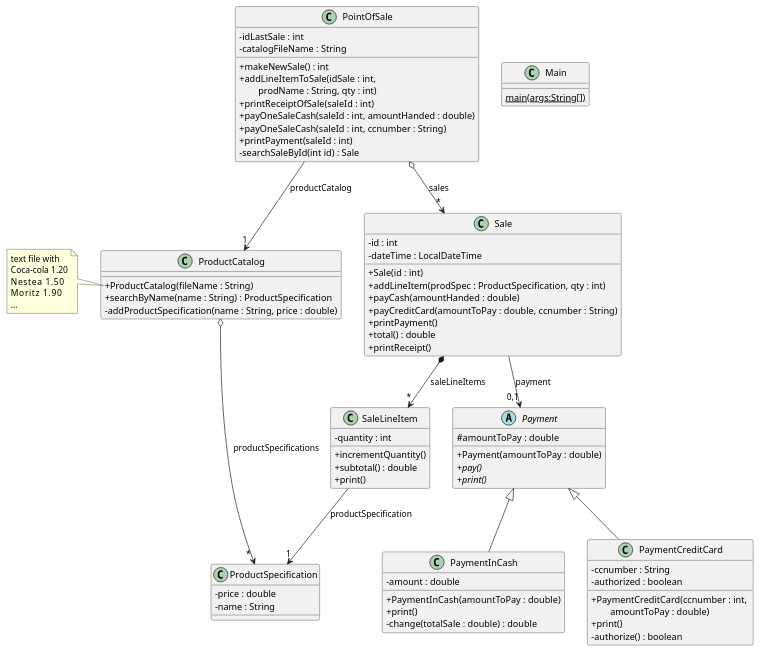
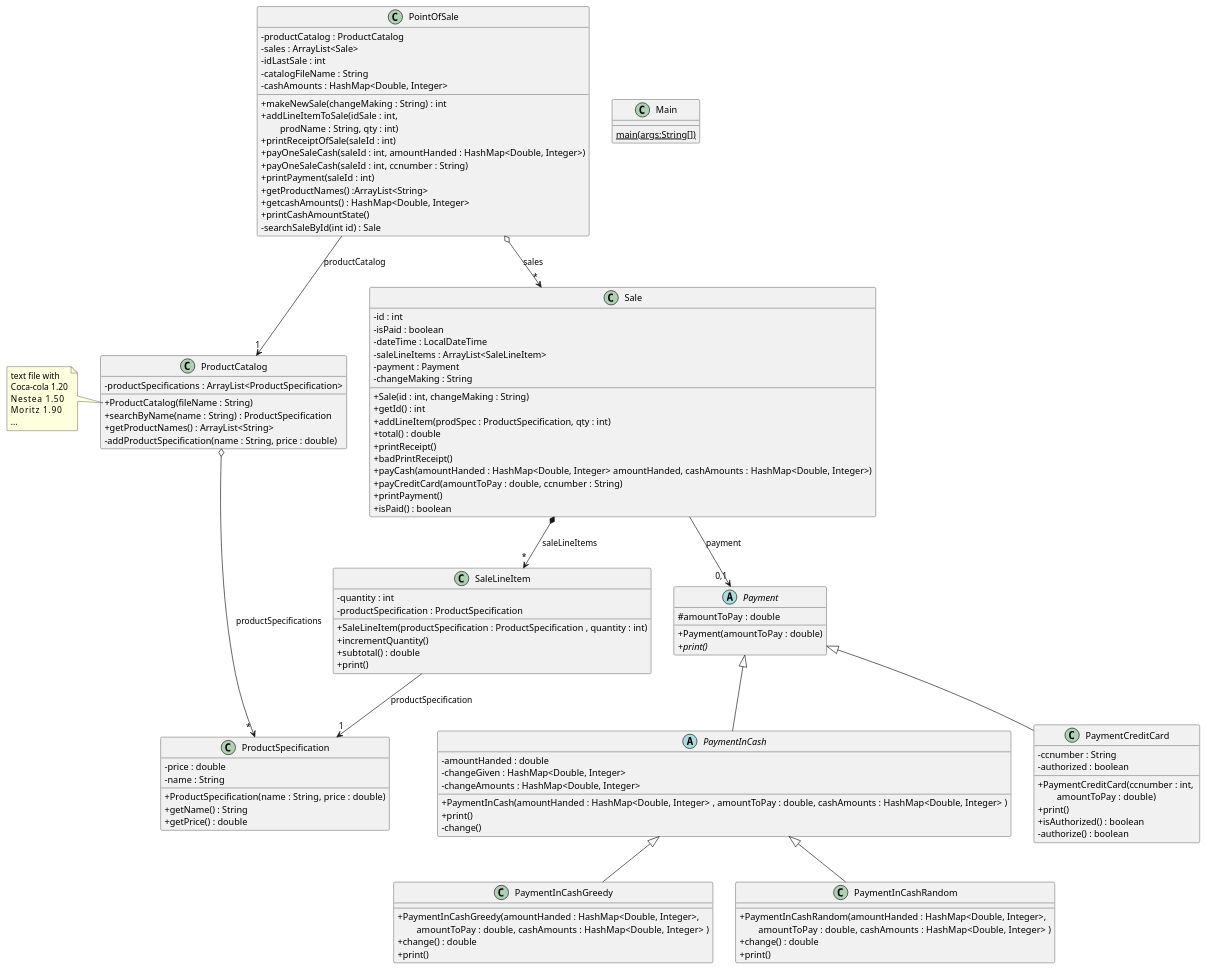
One commit to NIU1667454/DS changed the diagram in PointOfSale-master/src/pos_creditcard/pos_final_cc.puml. Above: the diagram before and after it, drawn with PlantUML. The commit also changed 8 other files, not shown here.

```diff
--- a/PointOfSale-master/src/pos_creditcard/pos_final_cc.puml
+++ b/PointOfSale-master/src/pos_creditcard/pos_final_cc.puml
@@ -1,91 +1,126 @@
 @startuml
 'https://plantuml.com/class-diagram
 skinparam classAttributeIconSize 0
 
 class Main {
 {static} main(args:String[])
 }
 
 class PointOfSale {
+- productCatalog : ProductCatalog
+- sales : ArrayList<Sale>
 - idLastSale : int
 - catalogFileName : String
-+ makeNewSale() : int
+- cashAmounts : HashMap<Double, Integer>
+
++ makeNewSale(changeMaking : String) : int
 + addLineItemToSale(idSale : int, \n\tprodName : String, qty : int)
 + printReceiptOfSale(saleId : int)
-+ payOneSaleCash(saleId : int, amountHanded : double)
++ payOneSaleCash(saleId : int, amountHanded : HashMap<Double, Integer>)
 + payOneSaleCash(saleId : int, ccnumber : String)
 + printPayment(saleId : int)
++ getProductNames() :ArrayList<String>
++ getcashAmounts() : HashMap<Double, Integer>
++ printCashAmountState()
 - searchSaleById(int id) : Sale
 }
 
 class ProductCatalog {
+- productSpecifications : ArrayList<ProductSpecification>
 + ProductCatalog(fileName : String)
 + searchByName(name : String) : ProductSpecification
++ getProductNames() : ArrayList<String>
 - addProductSpecification(name : String, price : double)
 }
 
 note left of ProductCatalog::ProductCatalog {
 text file with
 Coca-cola 1.20
 Nestea    1.50
 Moritz    1.90
 ...
 }
 
 class ProductSpecification {
 - price : double
 - name : String
++ ProductSpecification(name : String,  price : double)
++ getName() : String
++ getPrice() : double
 }
 
 class Sale {
 - id : int
+-isPaid : boolean
 - dateTime : LocalDateTime
-+ Sale(id : int)
+- saleLineItems : ArrayList<SaleLineItem>
+- payment : Payment
+- changeMaking : String
++ Sale(id : int, changeMaking : String)
++ getId() : int
 + addLineItem(prodSpec : ProductSpecification, qty : int)
-+ payCash(amountHanded : double)
++ total() : double
++ printReceipt()
++ badPrintReceipt()
++ payCash(amountHanded : HashMap<Double, Integer> amountHanded, cashAmounts : HashMap<Double, Integer>)
 + payCreditCard(amountToPay : double, ccnumber : String)
 + printPayment()
-+ total() : double
-+ printReceipt()
-
++ isPaid() : boolean
 }
 
 class SaleLineItem {
 - quantity : int
+-productSpecification : ProductSpecification
++SaleLineItem(productSpecification : ProductSpecification , quantity : int)
 + incrementQuantity()
 + subtotal() : double
 + print()
 }
 
 abstract class Payment {
   # amountToPay : double
   + Payment(amountToPay : double)
-  + {abstract} pay()
   + {abstract} print()
 }
 
-class PaymentInCash extends Payment {
-  - amount : double
-  + PaymentInCash(amountToPay : double)
+abstract PaymentInCash extends Payment {
+  - amountHanded : double
+  - changeGiven : HashMap<Double, Integer>
+  - changeAmounts : HashMap<Double, Integer>
+  + PaymentInCash(amountHanded : HashMap<Double, Integer> , amountToPay : double, cashAmounts : HashMap<Double, Integer> )
   + print()
-  - change(totalSale : double) : double
+  - change()
 }
 
 Sale --> "0,1" Payment : payment
 
+class PaymentInCashGreedy extends PaymentInCash
+{
+    + PaymentInCashGreedy(amountHanded : HashMap<Double, Integer>, \n\tamountToPay :  double, cashAmounts : HashMap<Double, Integer> )
+    + change() : double
+    + print()
+}
+
+class PaymentInCashRandom extends PaymentInCash
+{
+    + PaymentInCashRandom(amountHanded : HashMap<Double, Integer>, \n\tamountToPay :  double, cashAmounts : HashMap<Double, Integer> )
+    + change() : double
+    + print()
+}
 
 class PaymentCreditCard extends Payment {
   - ccnumber : String
   - authorized : boolean  
   + PaymentCreditCard(ccnumber : int, \n\tamountToPay : double)
   + print()
+  + isAuthorized() : boolean
   - authorize() : boolean
 }
 
 PointOfSale o--> "*" Sale : sales
 Sale *--> "*" SaleLineItem : saleLineItems
 SaleLineItem --> "1" ProductSpecification : productSpecification
 PointOfSale --> "1" ProductCatalog : productCatalog
 ProductCatalog o--> " * " ProductSpecification : productSpecifications
 
 @enduml
```
